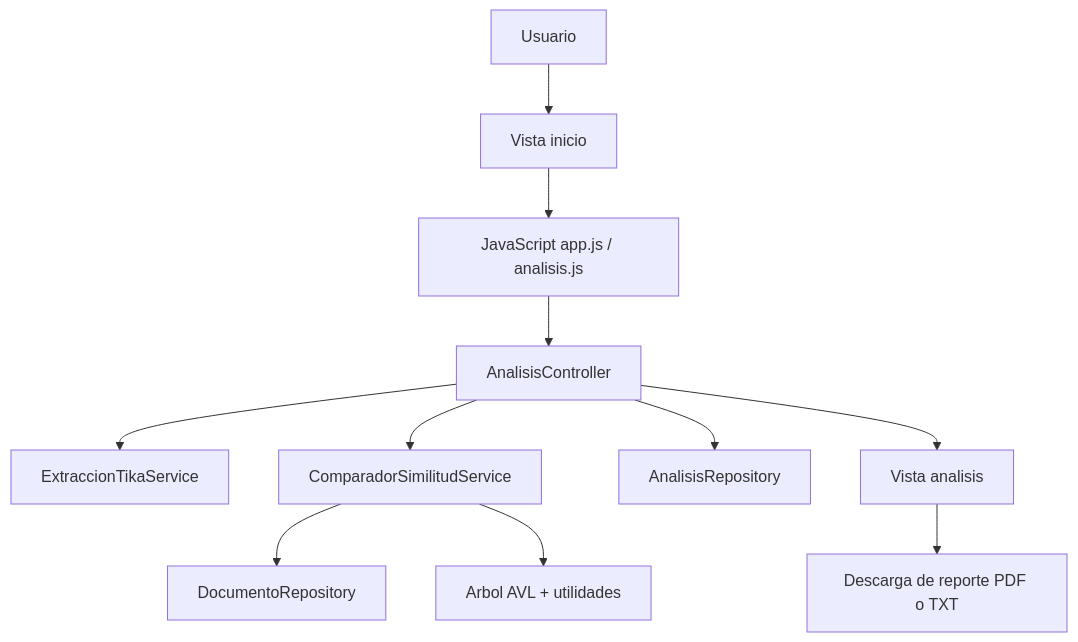
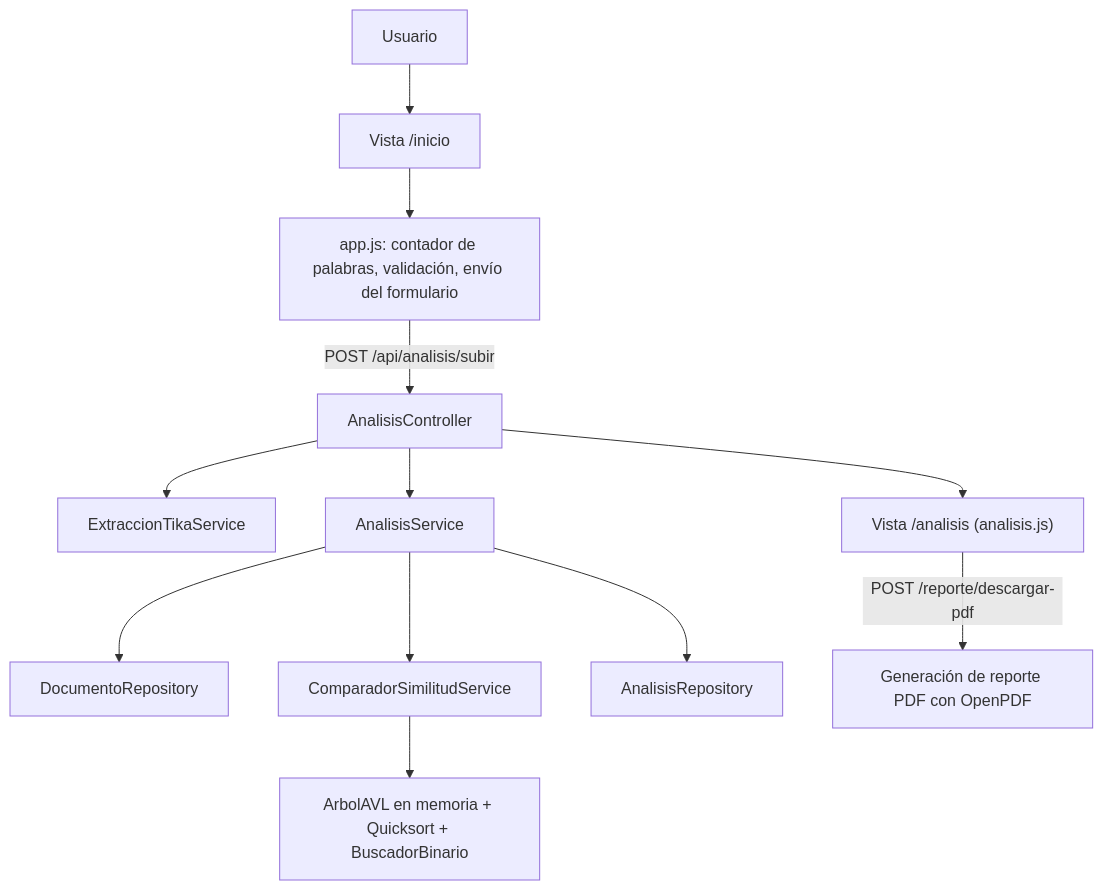
One commit to Fraank-Velasquez/eidoxApp changed the first of 3 diagrams in DOCUMENTACION_SISTEMA_EIDOX.md. Above: the diagram before and after it, drawn with Mermaid. The commit also changed other lines of this file and 38 other files, not shown here.

````diff
--- a/DOCUMENTACION_SISTEMA_EIDOX.md
+++ b/DOCUMENTACION_SISTEMA_EIDOX.md
@@ -25,13 +27,14 @@
 ```mermaid
 flowchart TD
-    U[Usuario] --> H[Vista inicio]
-    H --> J[JavaScript app.js / analisis.js]
-    J --> C[AnalisisController]
-    C --> E[ExtraccionTikaService]
-    C --> S[ComparadorSimilitudService]
-    S --> P[DocumentoRepository]
-    S --> A[Arbol AVL + utilidades]
-    C --> R[AnalisisRepository]
-    C --> V[Vista analisis]
-    V --> D[Descarga de reporte PDF o TXT]
+    U[Usuario] --> H[Vista /inicio]
+    H --> J["app.js: contador de palabras, validación, envío del formulario"]
+    J -->|POST /api/analisis/subir| C[AnalisisController]
+    C --> X[ExtraccionTikaService]
+    C --> AS[AnalisisService]
+    AS --> DR[DocumentoRepository]
+    AS --> S[ComparadorSimilitudService]
+    S --> AVL["ArbolAVL en memoria + Quicksort + BuscadorBinario"]
+    AS --> AR[AnalisisRepository]
+    C --> V["Vista /analisis (analisis.js)"]
+    V -->|POST /reporte/descargar-pdf| PDF[Generación de reporte PDF con OpenPDF]
 ```
````
